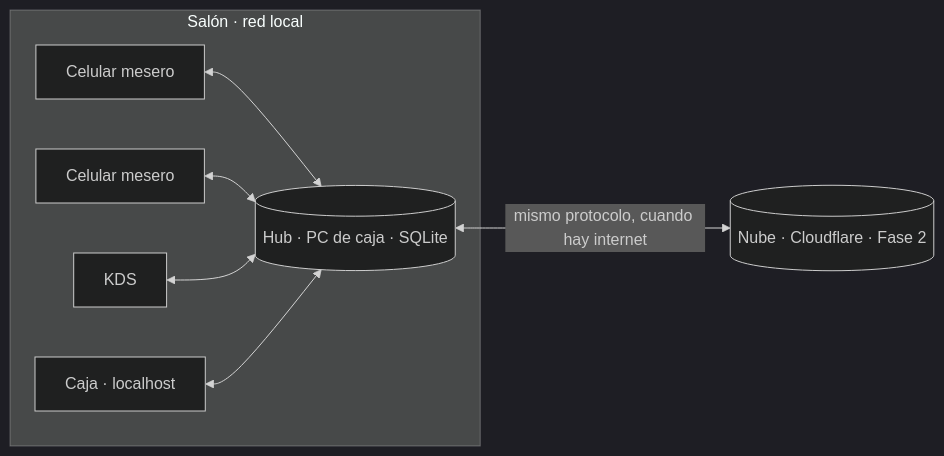
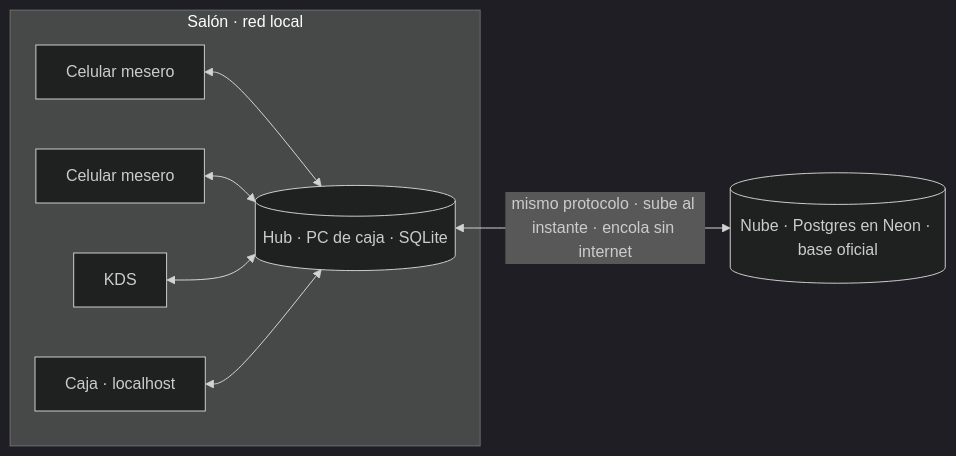
Before and after one commit to jyepesr1/restaurant-pos: the first of 2 diagrams in docs/SYNC.md, drawn with Mermaid (dark theme). The commit also changed other lines of this file and 4 other files, not shown here.

First line of the commit message:
ADR-016: nube primero con Postgres en Neon y el PC de caja como puente local

````diff
--- a/docs/SYNC.md
+++ b/docs/SYNC.md
@@ -37,10 +38,10 @@
 ```mermaid
 flowchart LR
   subgraph salon["Salón · red local"]
     M1["Celular mesero"] <--> H[("Hub · PC de caja · SQLite")]
     M2["Celular mesero"] <--> H
     K["KDS"] <--> H
     C["Caja · localhost"] <--> H
   end
-  H <-->|"mismo protocolo, cuando hay internet"| N[("Nube · Cloudflare · Fase 2")]
+  H <-->|"mismo protocolo · sube al instante · encola sin internet"| N[("Nube · Postgres en Neon · base oficial")]
 ```
````
